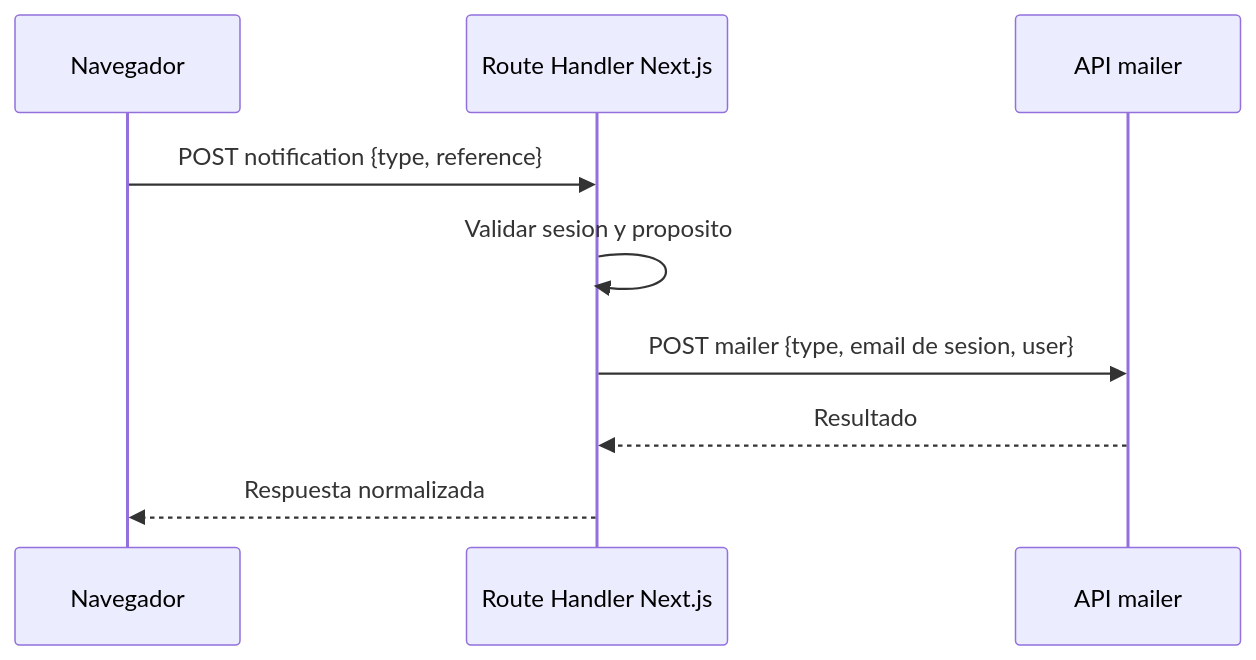
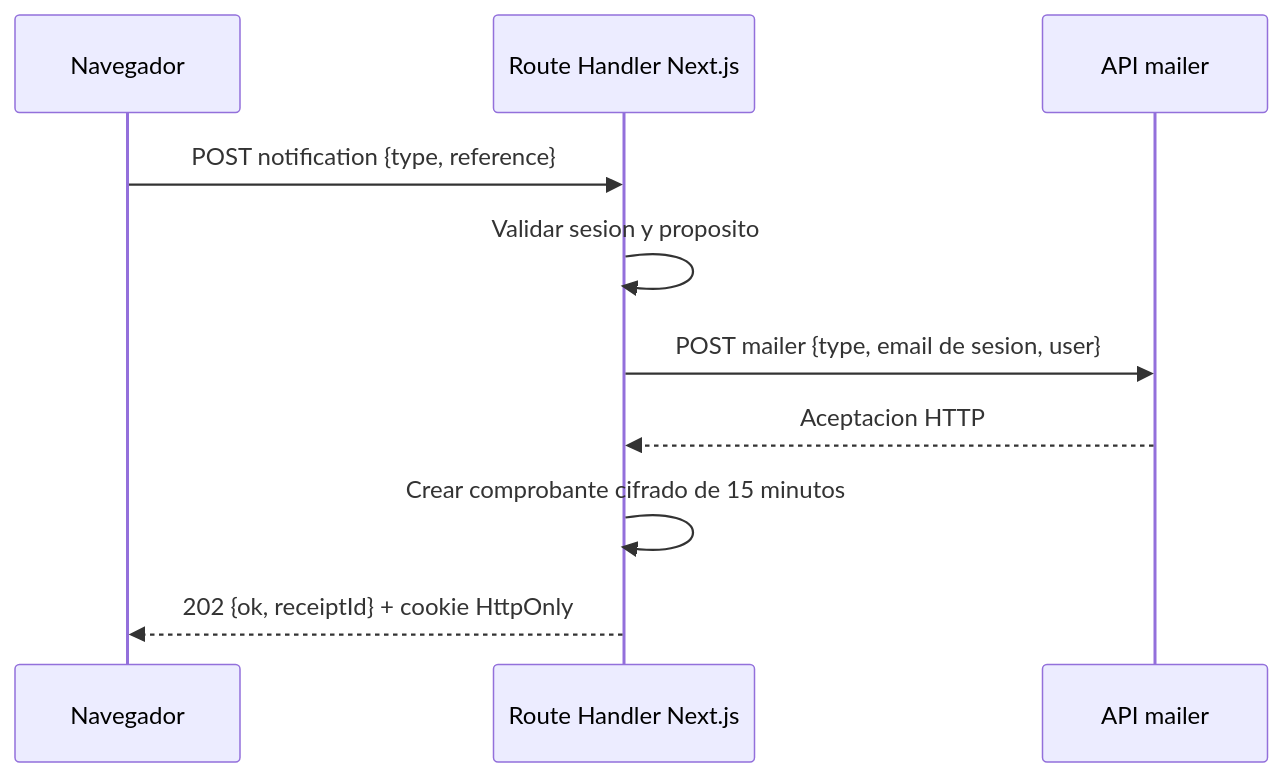
The diagram in docs/integration/api-contracts.md (luismiguelgs/ciunac-sol-1.3), drawn with Mermaid before and after one commit. The commit also changed other lines of this file and 88 other files, not shown here.

````diff
--- a/docs/integration/api-contracts.md
+++ b/docs/integration/api-contracts.md
@@ -20,12 +39,13 @@
 ```mermaid
 sequenceDiagram
     participant UI as Navegador
     participant Route as Route Handler Next.js
     participant Mail as API mailer
 
     UI->>Route: POST notification {type, reference}
     Route->>Route: Validar sesion y proposito
     Route->>Mail: POST mailer {type, email de sesion, user}
-    Mail-->>Route: Resultado
-    Route-->>UI: Respuesta normalizada
+    Mail-->>Route: Aceptacion HTTP
+    Route->>Route: Crear comprobante cifrado de 15 minutos
+    Route-->>UI: 202 {ok, receiptId} + cookie HttpOnly
 ```
````
